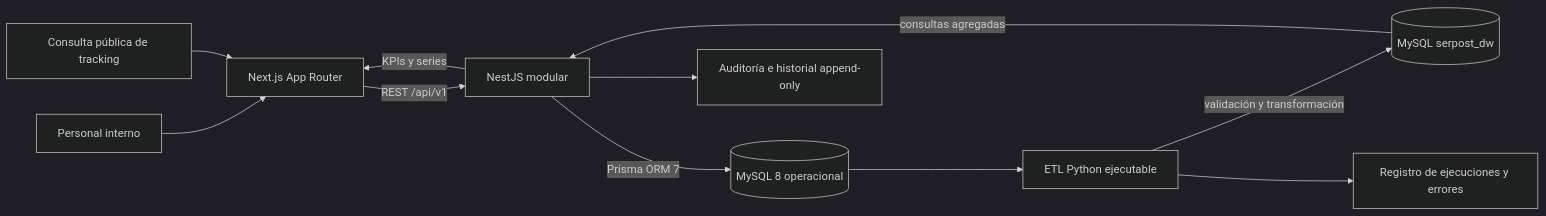
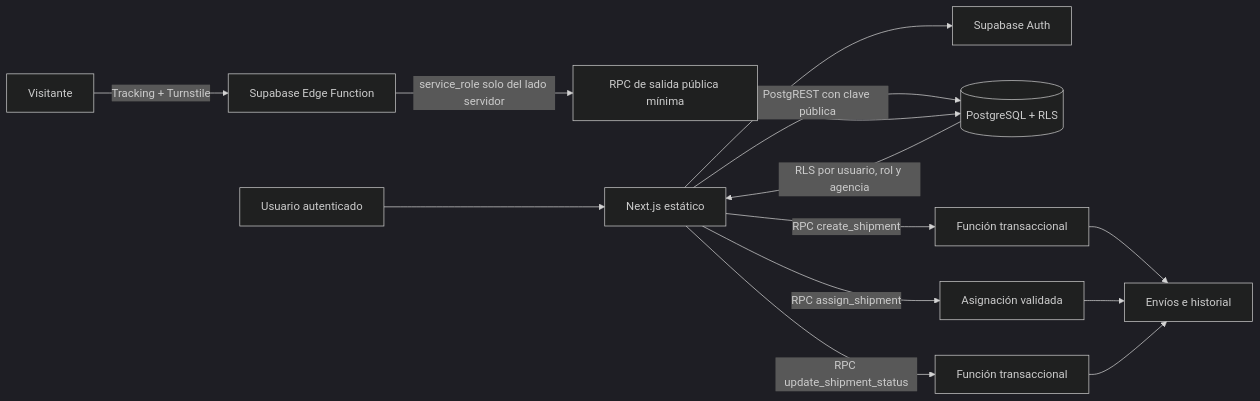
Before and after one commit to PeterDiaz1911/PROYECTO_BIGDATA: the diagram in docs/arquitectura.md, drawn with Mermaid (dark theme). The commit also changed other lines of this file and 34 other files, not shown here.

````diff
--- a/docs/arquitectura.md
+++ b/docs/arquitectura.md
@@ -7,13 +7,16 @@
 ```mermaid
 flowchart LR
-    U[Personal interno] --> WEB[Next.js App Router]
-    C[Consulta pública de tracking] --> WEB
-    WEB -->|REST /api/v1| API[NestJS modular]
-    API -->|Prisma ORM 7| OLTP[(MySQL 8 operacional)]
-    API --> AUD[Auditoría e historial append-only]
-    OLTP --> ETL[ETL Python ejecutable]
-    ETL -->|validación y transformación| DW[(MySQL serpost_dw)]
-    DW -->|consultas agregadas| API
-    API -->|KPIs y series| WEB
-    ETL --> LOG[Registro de ejecuciones y errores]
+    U[Usuario autenticado] --> WEB[Next.js estático]
+    WEB --> AUTH[Supabase Auth]
+    WEB -->|PostgREST con clave pública| PG[(PostgreSQL + RLS)]
+    WEB -->|RPC create_shipment| CREATE[Función transaccional]
+    WEB -->|RPC assign_shipment| ASSIGN[Asignación validada]
+    WEB -->|RPC update_shipment_status| UPDATE[Función transaccional]
+    V[Visitante] -->|Tracking + Turnstile| EDGE[Supabase Edge Function]
+    EDGE -->|service_role solo del lado servidor| PUBLIC[RPC de salida pública mínima]
+    PUBLIC --> PG
+    CREATE --> SHIP[Envíos e historial]
+    ASSIGN --> SHIP
+    UPDATE --> SHIP
+    PG -->|RLS por usuario, rol y agencia| WEB
 ```
````
